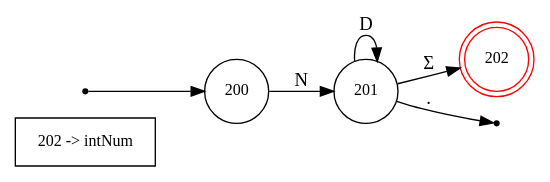
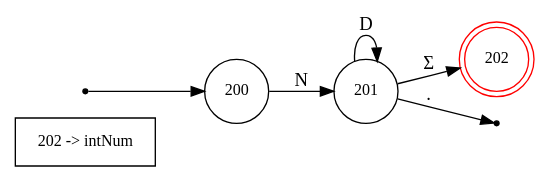
Before and after one commit to pag4k/moon_compiler: the diagram in nfa/nonzero.gv, drawn with Graphviz. The commit also changed other lines of this file and 18 other files, not shown here.

```diff
--- a/nfa/nonzero.gv
+++ b/nfa/nonzero.gv
@@ -1,18 +1,18 @@
 digraph finite_state_machine {
 	rankdir=LR;
 	size="8,5"
 
 	node [shape = rectangle, label="202 -> intNum", fontsize=12] token202;
 
 	node [shape = circle, label="200", fontsize=12, color=black] 200;
 	node [shape = circle, label="201", fontsize=12, color=black] 201;
 	node [shape = doublecircle, label="202", fontsize=12, color=red] 202;
 
 	node [shape = point, color=black] q0;
 	q0	->	200;
 
+	201	->	201	[ label = "D" ];
+	201	->	202	[ label = "Σ" ];
+	200	->	201	[ label = "N" ];
 	201	->	400	[ label = "." ];
-	200	->	201	[ label = "N" ];
-	201	->	202	[ label = "Σ" ];
-	201	->	201	[ label = "D" ];
 }
```
